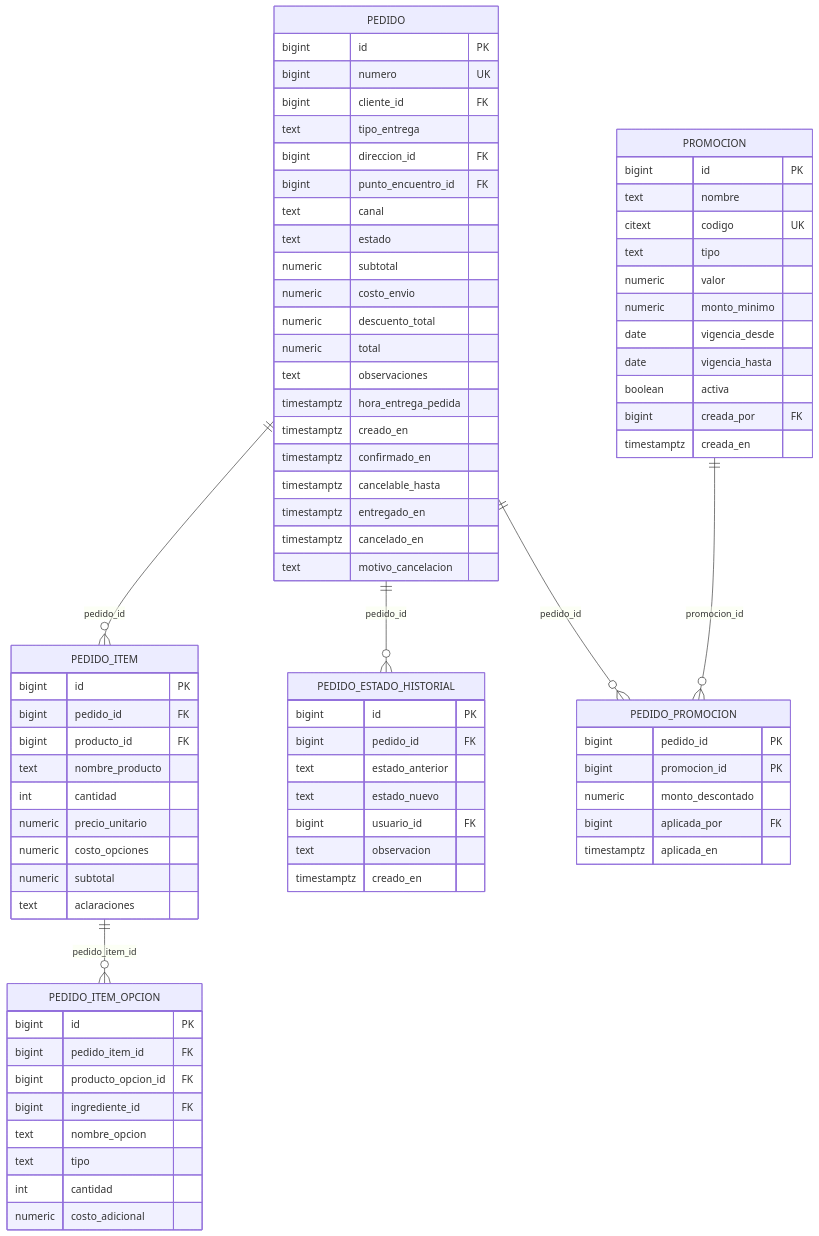
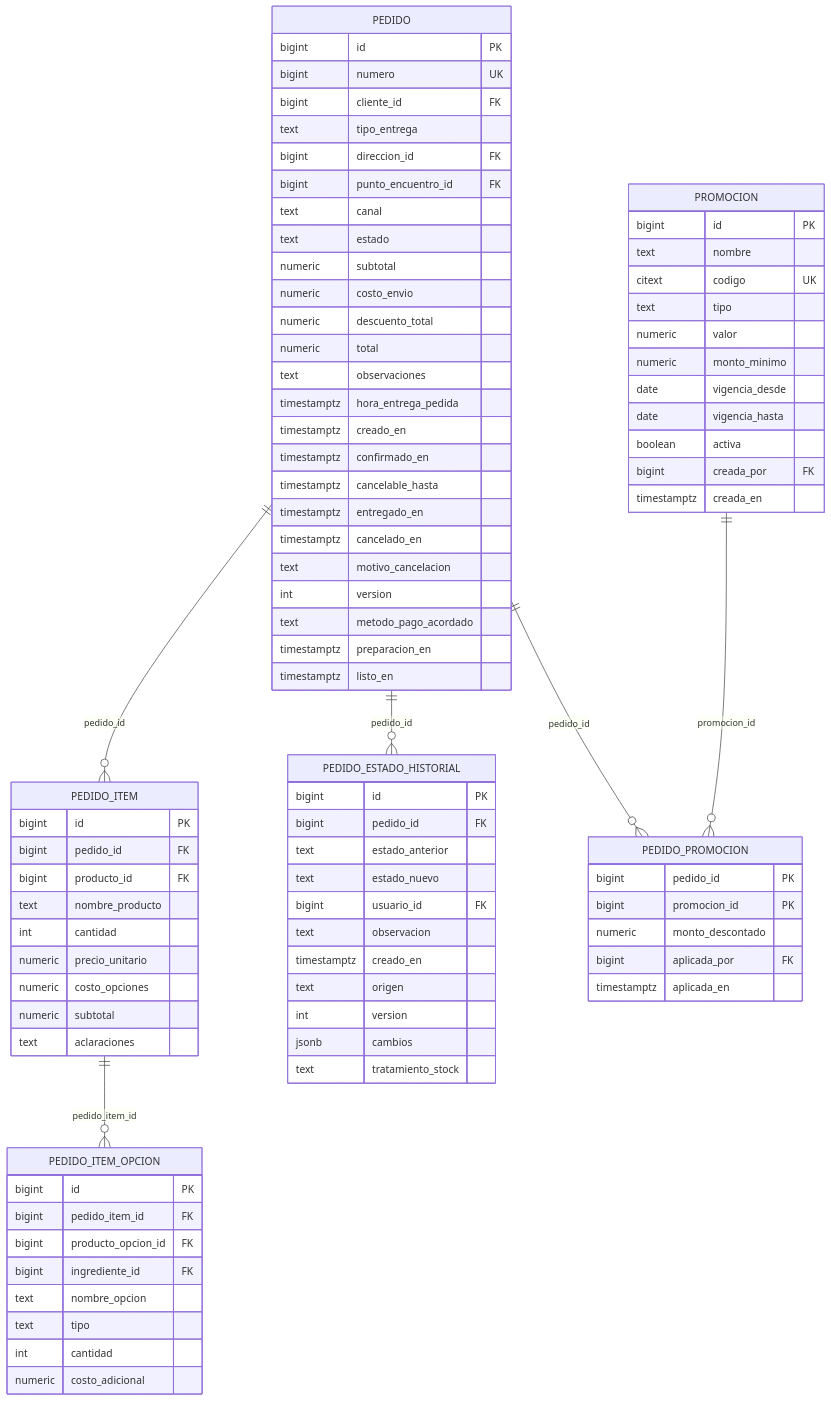
The fourth of 11 diagrams in docs/DER.md (Ignapag/Proyecto---Seminario-Integrador-2026), drawn with Mermaid before and after one commit. The commit also changed other lines of this file and 82 other files, not shown here.

```diff
--- a/docs/DER.md
+++ b/docs/DER.md
@@ -306,6 +306,10 @@
         timestamptz entregado_en
         timestamptz cancelado_en
         text motivo_cancelacion
+        int version
+        text metodo_pago_acordado
+        timestamptz preparacion_en
+        timestamptz listo_en
     }
     PEDIDO_ITEM {
         bigint id PK
@@ -336,6 +340,10 @@
         bigint usuario_id FK
         text observacion
         timestamptz creado_en
+        text origen
+        int version
+        jsonb cambios
+        text tratamiento_stock
     }
     PROMOCION {
         bigint id PK
```
